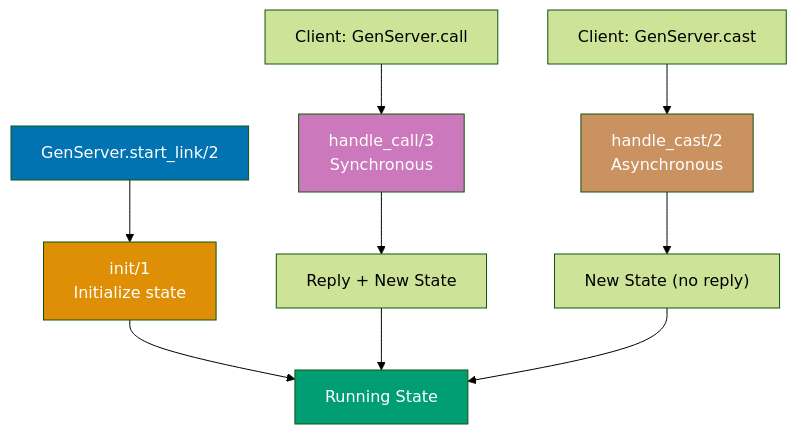
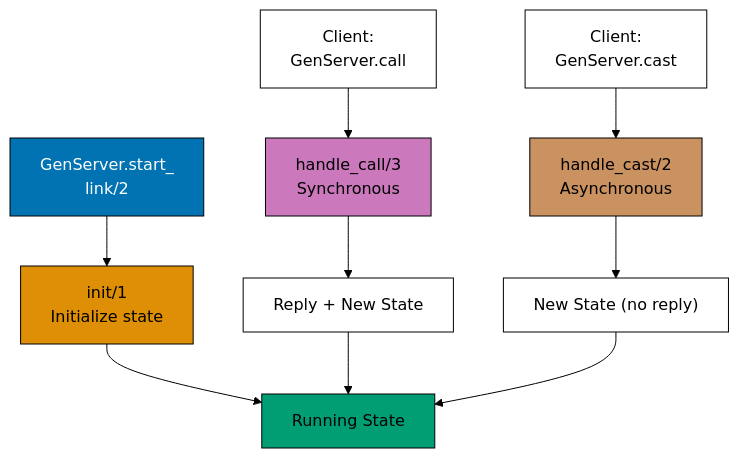
One commit to wahidyankf/ose-public changed the first of 24 diagrams in apps/ayokoding-www/content/en/learn/legacy/software-engineering/programming-languages/elixir/by-example/advanced.md. Above: the diagram before and after it, drawn with Mermaid (forest theme). The commit also changed other lines of this file and 112 other files, not shown here.

First line of the commit message:
fix(mermaid): bring the legacy programming-languages diagrams onto the accessible palette

````diff
--- a/apps/ayokoding-www/content/en/learn/legacy/software-engineering/programming-languages/elixir/by-example/advanced.md
+++ b/apps/ayokoding-www/content/en/learn/legacy/software-engineering/programming-languages/elixir/by-example/advanced.md
@@ -16,20 +16,28 @@
 ```mermaid
 %% Color Palette: Blue #0173B2, Orange #DE8F05, Teal #029E73, Purple #CC78BC, Brown #CA9161
 graph TD
-    Start["GenServer.start_link/2"] --> Init["init/1<br/>Initialize state"]
+    accTitle: Example 61: GenServer Basics
+    accDescr: Graph with 9 nodes and 8 connections. Nodes: GenServer.start_ link/2, init/1 Initialize state, Running State, Client: GenServer.call, handle_call/3 Synchronous, Reply + New State, Client: GenServer.cast, handle_cast/2 Asynchronous, New State (no reply). Connections: GenServer.start_ link/2 to init/1 Initialize state, init/1 Initialize state to Running State, Client: GenServer.call to handle_call/3 Synchronous, handle_call/3 Synchronous to Reply + New State, Reply + New State to Running State, Client: GenServer.cast to handle_cast/2 Asynchronous, handle_cast/2 Asynchronous to New State (no reply), New State (no reply) to Running State.
+    Start["GenServer.start_<br/>link/2"] --> Init["init/1<br/>Initialize state"]
     Init --> Running["Running State"]
 
-    Client1["Client: GenServer.call"] --> Call["handle_call/3<br/>Synchronous"]
+    Client1["Client:<br/>GenServer.call"] --> Call["handle_call/3<br/>Synchronous"]
     Call --> Reply["Reply + New State"]
     Reply --> Running
 
-    Client2["Client: GenServer.cast"] --> Cast["handle_cast/2<br/>Asynchronous"]
+    Client2["Client:<br/>GenServer.cast"] --> Cast["handle_cast/2<br/>Asynchronous"]
     Cast --> NoReply["New State (no reply)"]
     NoReply --> Running
 
-    style Start fill:#0173B2,color:#fff
-    style Init fill:#DE8F05,color:#fff
-    style Running fill:#029E73,color:#fff
-    style Call fill:#CC78BC,color:#fff
-    style Cast fill:#CA9161,color:#fff
+    classDef pal-0173B2 fill:#0173B2,stroke:#000000,color:#FFFFFF
+    class Start pal-0173B2
+    classDef pal-DE8F05 fill:#DE8F05,stroke:#000000,color:#000000
+    class Init pal-DE8F05
+    classDef pal-029E73 fill:#029E73,stroke:#000000,color:#000000
+    class Running pal-029E73
+    classDef pal-CC78BC fill:#CC78BC,stroke:#000000,color:#000000
+    class Call pal-CC78BC
+    classDef pal-CA9161 fill:#CA9161,stroke:#000000,color:#000000
+    class Cast pal-CA9161
+    classDef default fill:#FFFFFF,stroke:#000000,color:#000000
 ```
````
